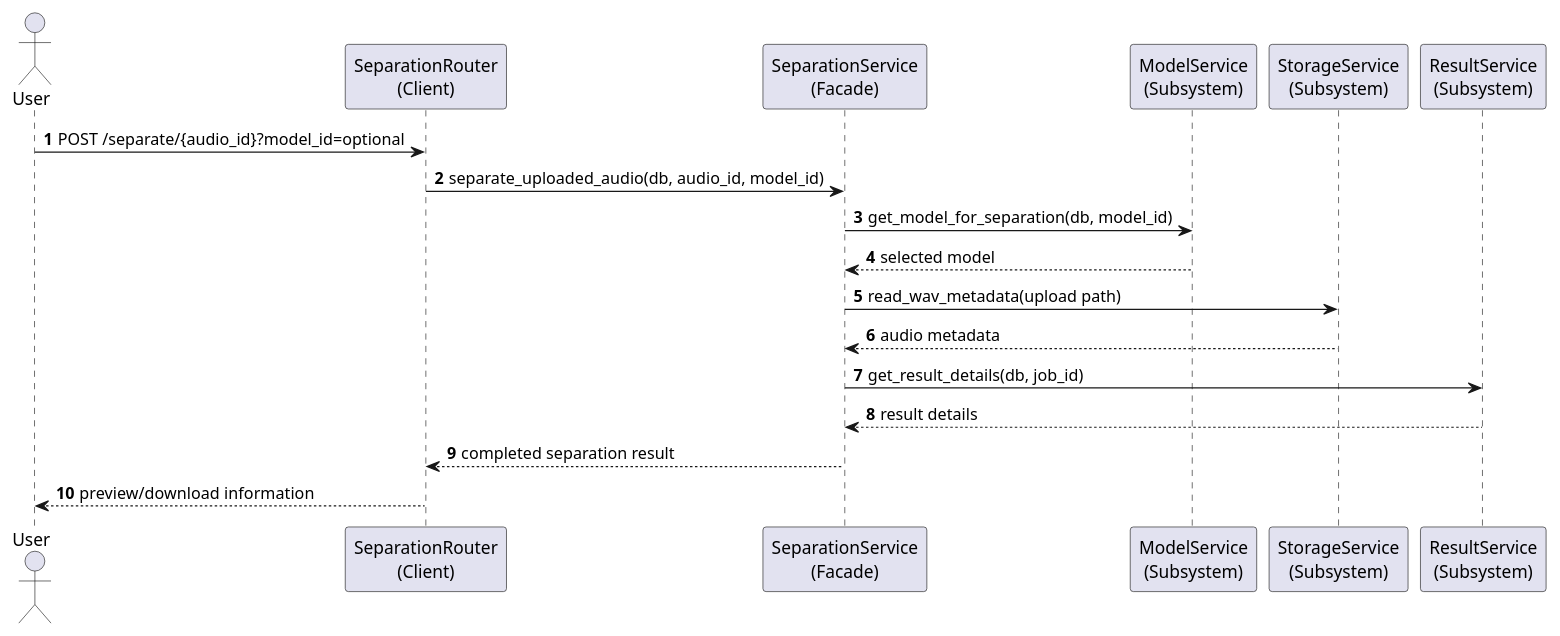
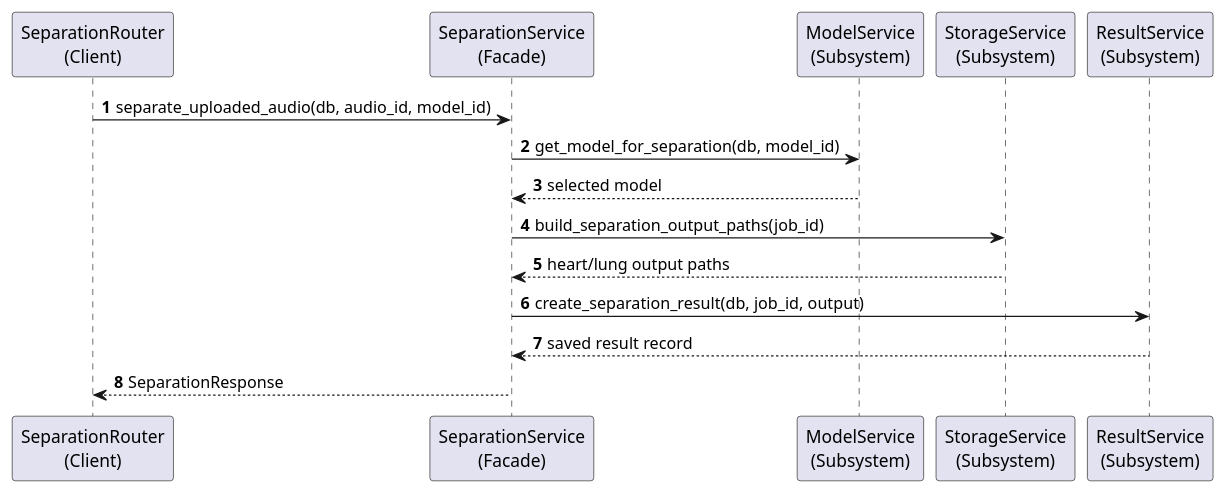
The diagram in docs/software_design_report/diagrams/puml/facade_sequence.puml (ASHRAF-2004/Machine-Learning-Based-System-for-Cardiopulmonary-Sound-Separation), drawn with PlantUML before and after one commit. The commit also changed 35 other files, not shown here.

```diff
--- a/docs/software_design_report/diagrams/puml/facade_sequence.puml
+++ b/docs/software_design_report/diagrams/puml/facade_sequence.puml
@@ -1,28 +1,25 @@
 @startuml
 ' Facade Pattern sequence diagram.
 ' Suggested LaTeX placement: normal page.
 
 skinparam shadowing false
 autonumber
 
-actor User
 participant "SeparationRouter\n(Client)" as Router
 participant "SeparationService\n(Facade)" as Service
 participant "ModelService\n(Subsystem)" as ModelService
 participant "StorageService\n(Subsystem)" as StorageService
 participant "ResultService\n(Subsystem)" as ResultService
 
-User -> Router : POST /separate/{audio_id}?model_id=optional
 Router -> Service : separate_uploaded_audio(db, audio_id, model_id)
 
 Service -> ModelService : get_model_for_separation(db, model_id)
 ModelService --> Service : selected model
-Service -> StorageService : read_wav_metadata(upload path)
-StorageService --> Service : audio metadata
-Service -> ResultService : get_result_details(db, job_id)
-ResultService --> Service : result details
+Service -> StorageService : build_separation_output_paths(job_id)
+StorageService --> Service : heart/lung output paths
+Service -> ResultService : create_separation_result(db, job_id, output)
+ResultService --> Service : saved result record
 
-Service --> Router : completed separation result
-Router --> User : preview/download information
+Service --> Router : SeparationResponse
 
 @enduml
```
